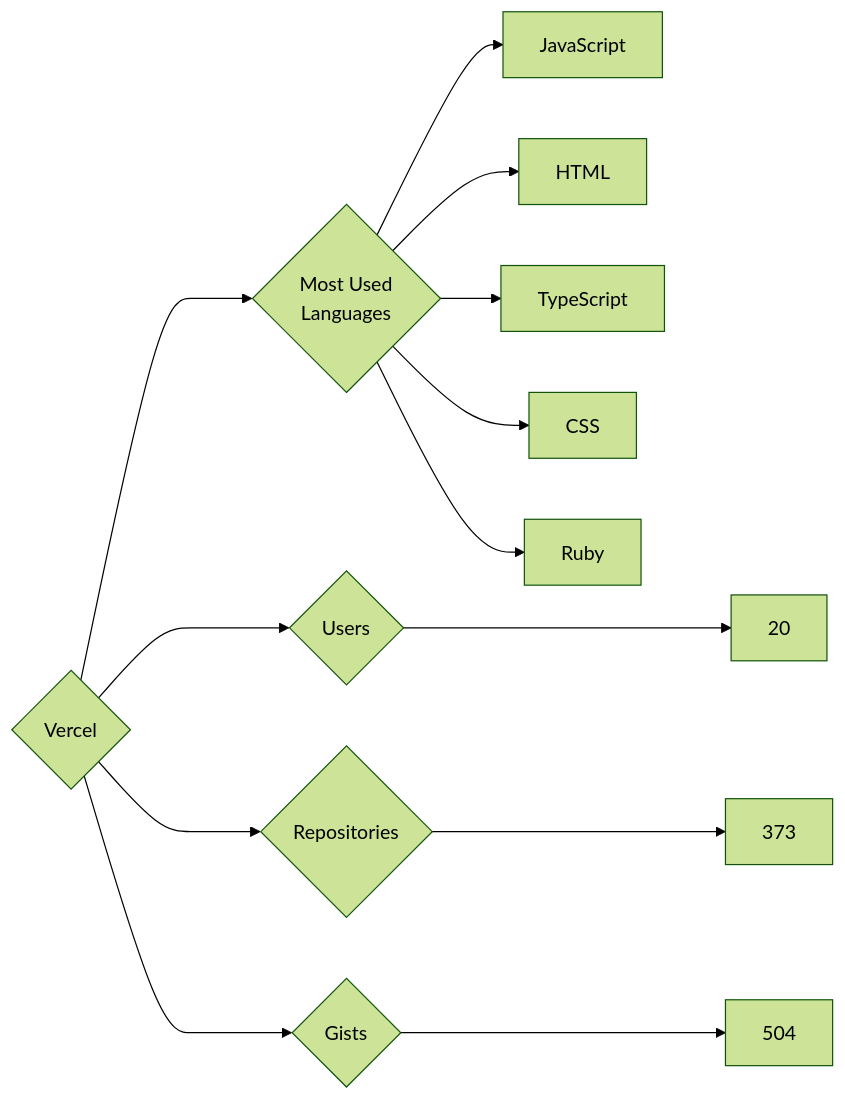
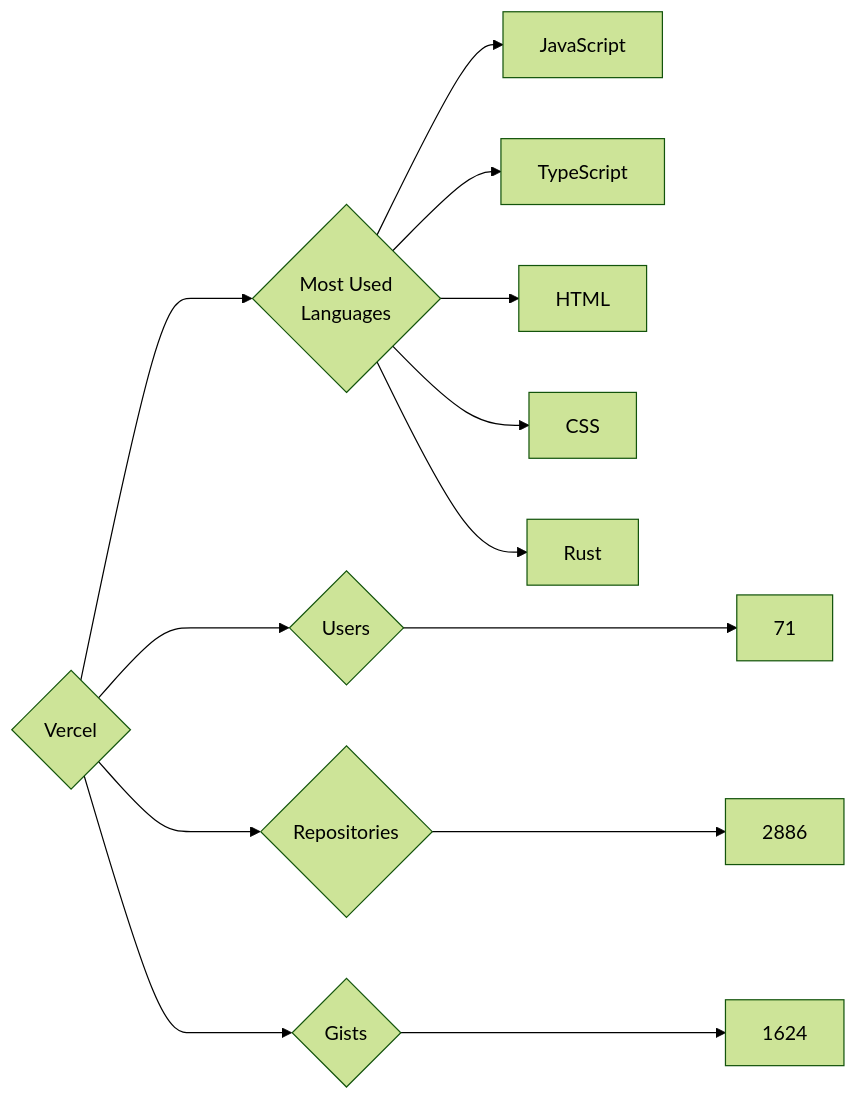
The diagram in targets/Vercel/README.md (trickest/insiders), drawn with Mermaid (forest theme) before and after one commit. The commit also changed 877 other files, not shown here.

````diff
--- a/targets/Vercel/README.md
+++ b/targets/Vercel/README.md
@@ -3,13 +3,13 @@
 ```mermaid
 graph LR
 COMPANY_NAME{Vercel}
-COMPANY_NAME ---> U{Users} ---> UN[20]
-COMPANY_NAME ---> R{Repositories} ---> RN[373]
-COMPANY_NAME ---> G{Gists} ---> GN[504]
+COMPANY_NAME ---> U{Users} ---> UN[71]
+COMPANY_NAME ---> R{Repositories} ---> RN[2886]
+COMPANY_NAME ---> G{Gists} ---> GN[1624]
 COMPANY_NAME ---> ML{Most Used<br>Languages}
 ML --> JavaScript[JavaScript]
+ML --> TypeScript[TypeScript]
 ML --> HTML[HTML]
-ML --> TypeScript[TypeScript]
 ML --> CSS[CSS]
-ML --> Ruby[Ruby]
+ML --> Rust[Rust]
 ```
````
